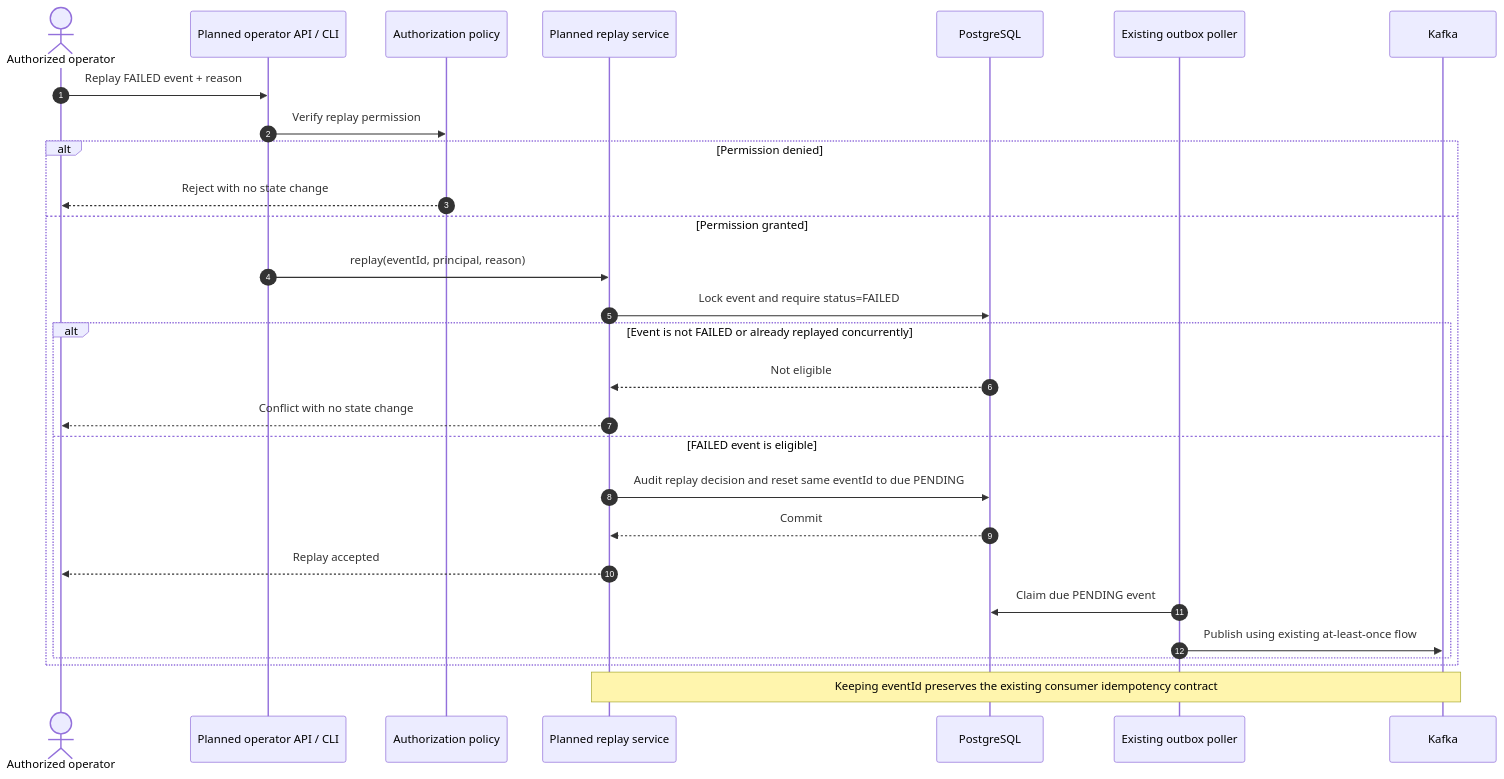
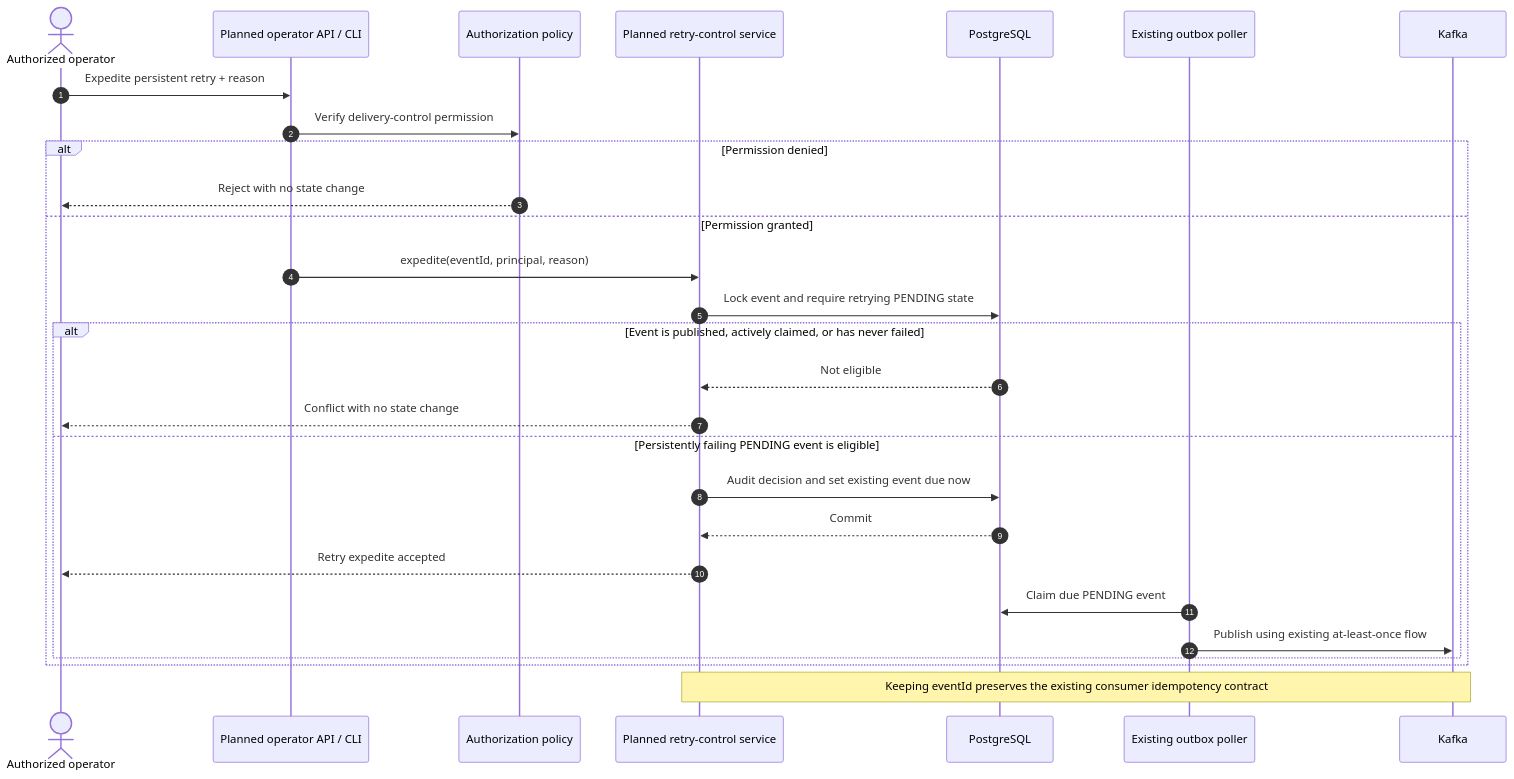
Before and after one commit to tarunngusain08/transaction-outbox-service: diagram 13 of 16 in docs/sequence-diagrams.md, drawn with Mermaid. The commit also changed other lines of this file and 25 other files, not shown here.

````diff
--- a/docs/sequence-diagrams.md
+++ b/docs/sequence-diagrams.md
@@ -450,31 +453,31 @@
 ```mermaid
 sequenceDiagram
     autonumber
     actor Operator as Authorized operator
     participant Ops as Planned operator API / CLI
     participant Auth as Authorization policy
-    participant Replay as Planned replay service
+    participant RetryControl as Planned retry-control service
     participant DB as PostgreSQL
     participant Poller as Existing outbox poller
     participant Kafka as Kafka
 
-    Operator->>Ops: Replay FAILED event + reason
-    Ops->>Auth: Verify replay permission
+    Operator->>Ops: Expedite persistent retry + reason
+    Ops->>Auth: Verify delivery-control permission
     alt Permission denied
         Auth-->>Operator: Reject with no state change
     else Permission granted
-        Ops->>Replay: replay(eventId, principal, reason)
-        Replay->>DB: Lock event and require status=FAILED
-        alt Event is not FAILED or already replayed concurrently
-            DB-->>Replay: Not eligible
-            Replay-->>Operator: Conflict with no state change
-        else FAILED event is eligible
-            Replay->>DB: Audit replay decision and reset same eventId to due PENDING
-            DB-->>Replay: Commit
-            Replay-->>Operator: Replay accepted
+        Ops->>RetryControl: expedite(eventId, principal, reason)
+        RetryControl->>DB: Lock event and require retrying PENDING state
+        alt Event is published, actively claimed, or has never failed
+            DB-->>RetryControl: Not eligible
+            RetryControl-->>Operator: Conflict with no state change
+        else Persistently failing PENDING event is eligible
+            RetryControl->>DB: Audit decision and set existing event due now
+            DB-->>RetryControl: Commit
+            RetryControl-->>Operator: Retry expedite accepted
             Poller->>DB: Claim due PENDING event
             Poller->>Kafka: Publish using existing at-least-once flow
         end
     end
-    Note over Replay,Kafka: Keeping eventId preserves the existing consumer idempotency contract
+    Note over RetryControl,Kafka: Keeping eventId preserves the existing consumer idempotency contract
 ```
````
